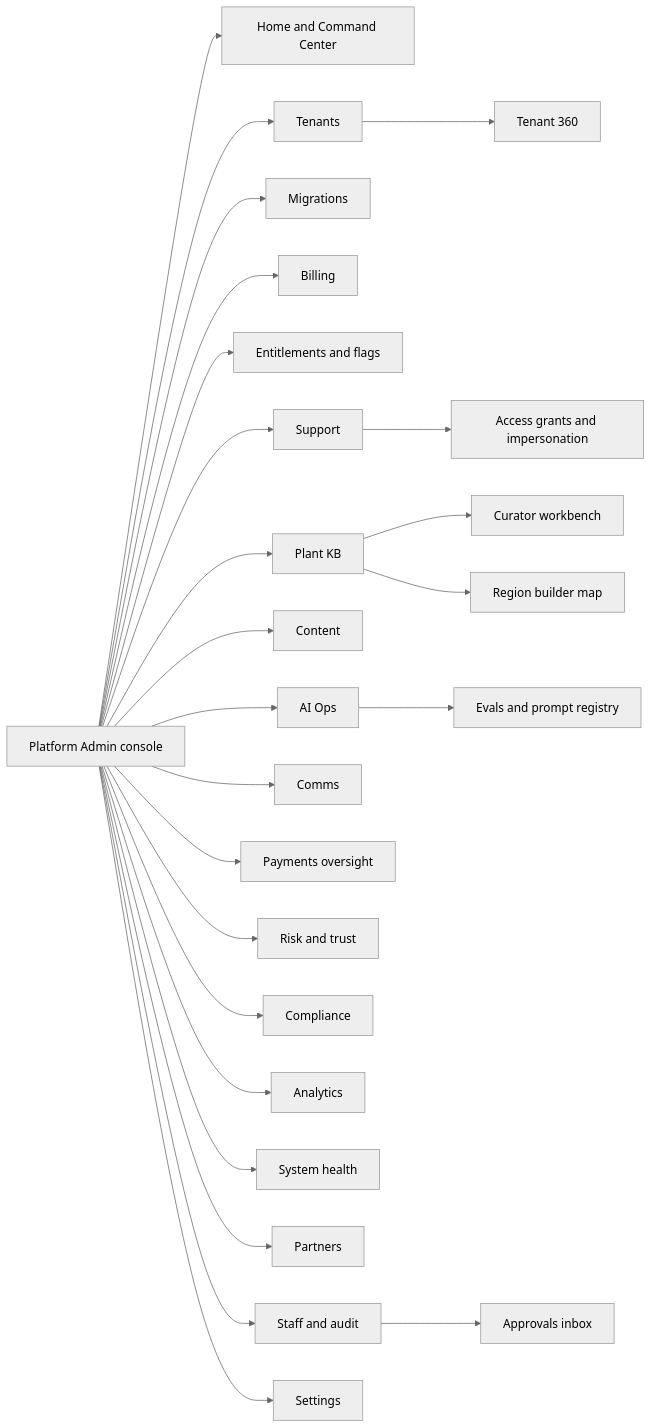
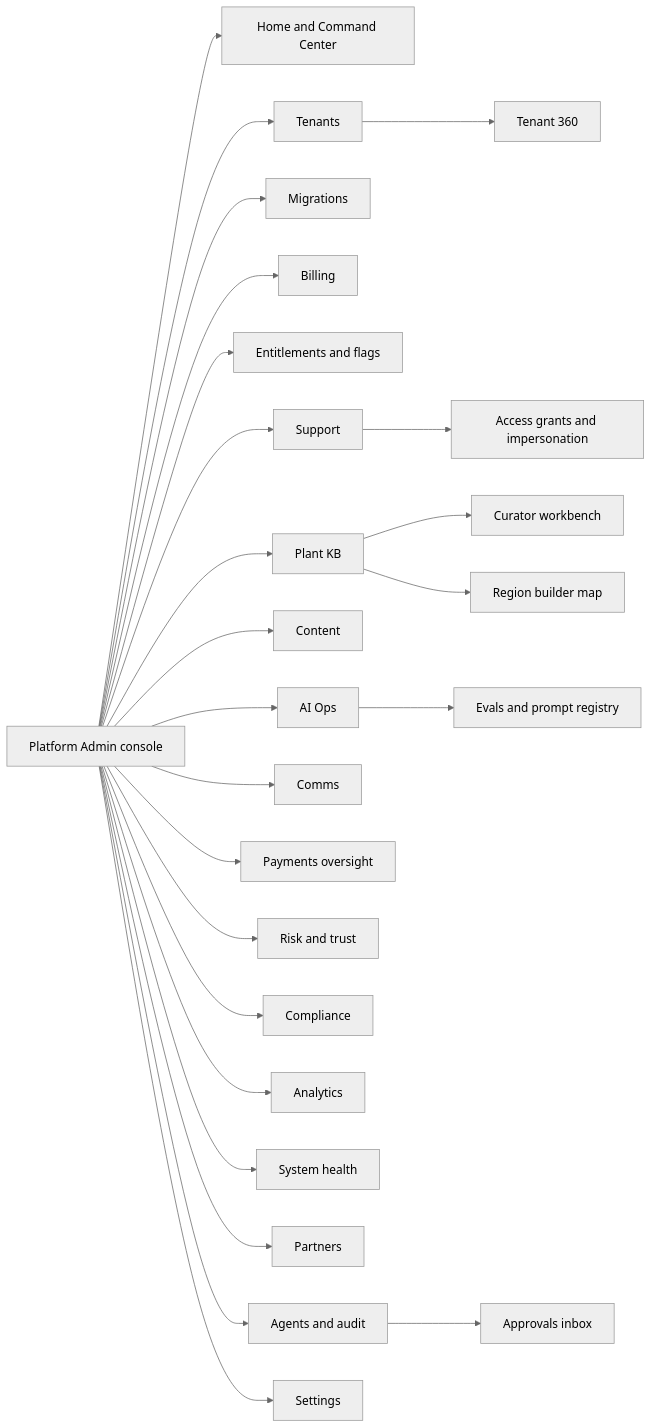
One commit to jdinard/landscape changed the fourth of 13 diagrams in docs/21-ux-design-system-sitemaps.md. Above: the diagram before and after it, drawn with Mermaid (neutral theme). The commit also changed other lines of this file and 34 other files, not shown here.

````diff
--- a/docs/21-ux-design-system-sitemaps.md
+++ b/docs/21-ux-design-system-sitemaps.md
@@ -409,27 +409,27 @@
 ```mermaid
 flowchart LR
   ADMIN["Platform Admin console"] --> HOME["Home and Command Center"]
   ADMIN --> TEN["Tenants"]
   ADMIN --> MIG["Migrations"]
   ADMIN --> BILL["Billing"]
   ADMIN --> ENT["Entitlements and flags"]
   ADMIN --> SUP["Support"]
   ADMIN --> KB["Plant KB"]
   ADMIN --> CON["Content"]
   ADMIN --> AIO["AI Ops"]
   ADMIN --> COMMS["Comms"]
   ADMIN --> PAYO["Payments oversight"]
   ADMIN --> RISK["Risk and trust"]
   ADMIN --> COMP["Compliance"]
   ADMIN --> ANA["Analytics"]
   ADMIN --> SYS["System health"]
   ADMIN --> PART["Partners"]
-  ADMIN --> STAFF["Staff and audit"]
+  ADMIN --> STAFF["Agents and audit"]
   ADMIN --> SETS["Settings"]
   TEN --> T360["Tenant 360"]
   KB --> CUR["Curator workbench"]
   KB --> REGMAP["Region builder map"]
   AIO --> EVAL["Evals and prompt registry"]
   SUP --> GRANT["Access grants and impersonation"]
   STAFF --> APPR["Approvals inbox"]
 ```
````
